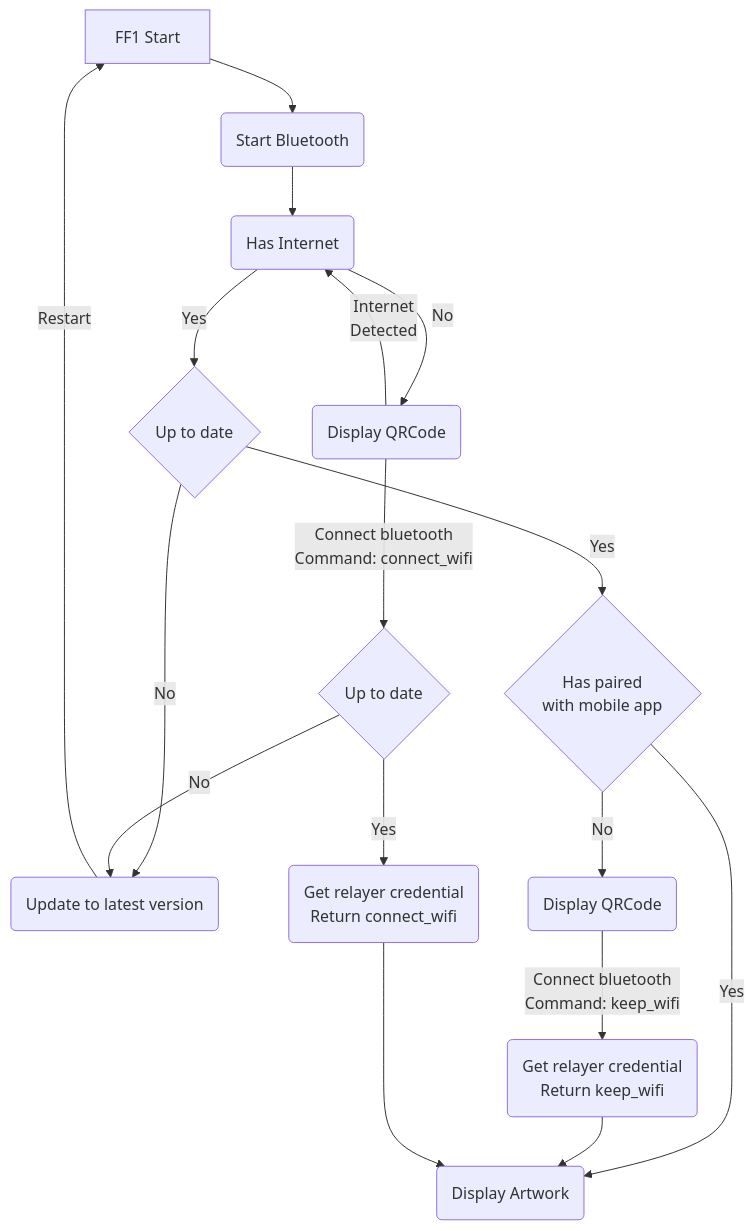
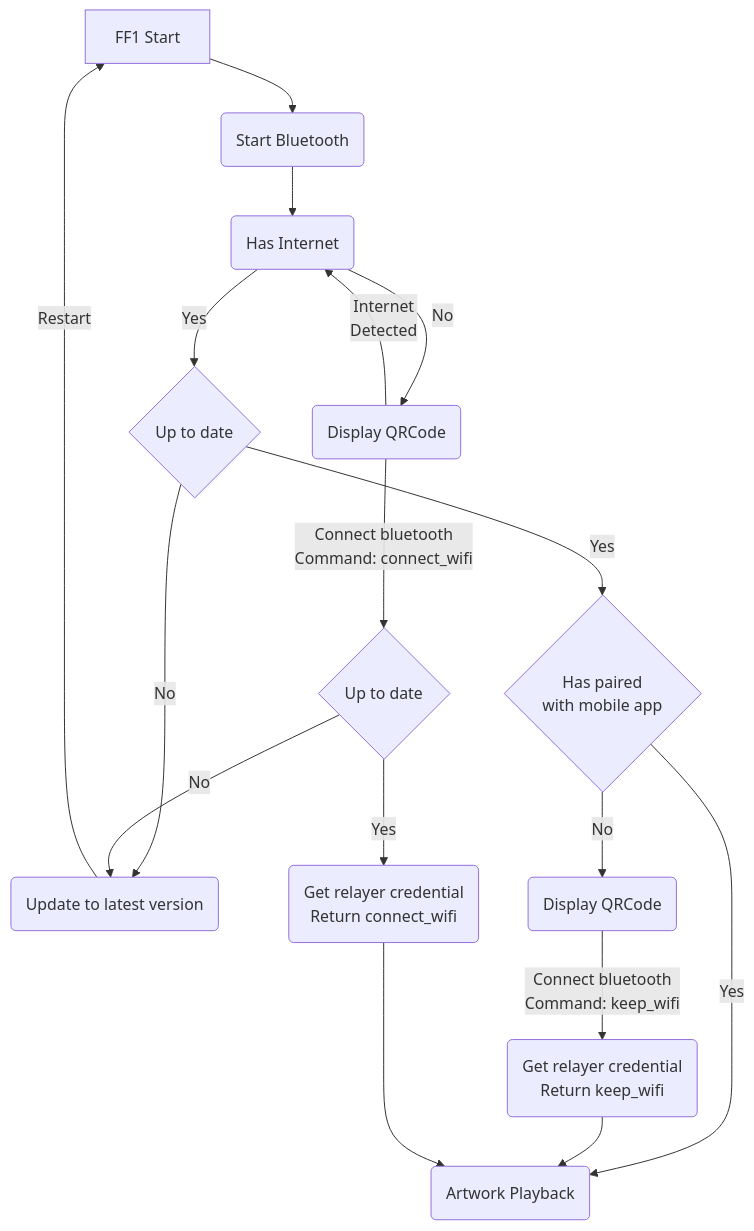
Before and after one commit to Feral-File/feralfile-device: the first of 2 diagrams in components/feral-setupd/README.md, drawn with Mermaid.

Commit message:
Minor fix

````diff
--- a/components/feral-setupd/README.md
+++ b/components/feral-setupd/README.md
@@ -5,22 +5,22 @@
 ```mermaid
 flowchart TD
     FF1Start[FF1 Start] --> Bluetooth(Start Bluetooth)
     Bluetooth --> HasInternet(Has Internet)
 
     HasInternet --> |No| QRCode1(Display QRCode)
     HasInternet --> |Yes| UpToDate1{Up to date}
 
     UpToDate1 --> |No| Update(Update to latest version)
     UpToDate1 --> |Yes| Paired{Has paired<br/>with mobile app}
     Update --> |Restart| FF1Start
     Paired --> |No| QRCode2(Display QRCode)
-    Paired --> |Yes| Artwork(Display Artwork)
+    Paired --> |Yes| Artwork(Artwork Playback)
     QRCode2 --> |Connect bluetooth<br/>Command: keep_wifi| Relayer1(Get relayer credential<br/>Return keep_wifi)
     Relayer1 --> Artwork
 
     QRCode1 --> |Internet<br/>Detected| HasInternet
     QRCode1 --> |Connect bluetooth<br/>Command: connect_wifi| UpToDate2{Up to date}
     UpToDate2 --> |No| Update
     UpToDate2 --> |Yes| Relayer2(Get relayer credential<br/>Return connect_wifi)
     Relayer2 --> Artwork
 ```
````
